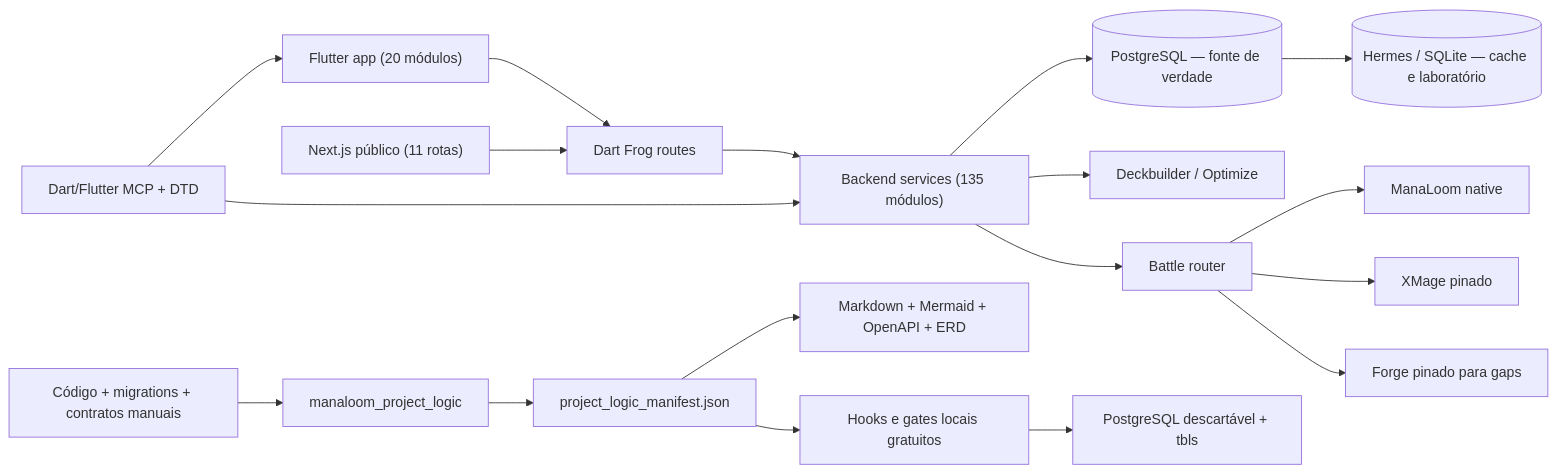
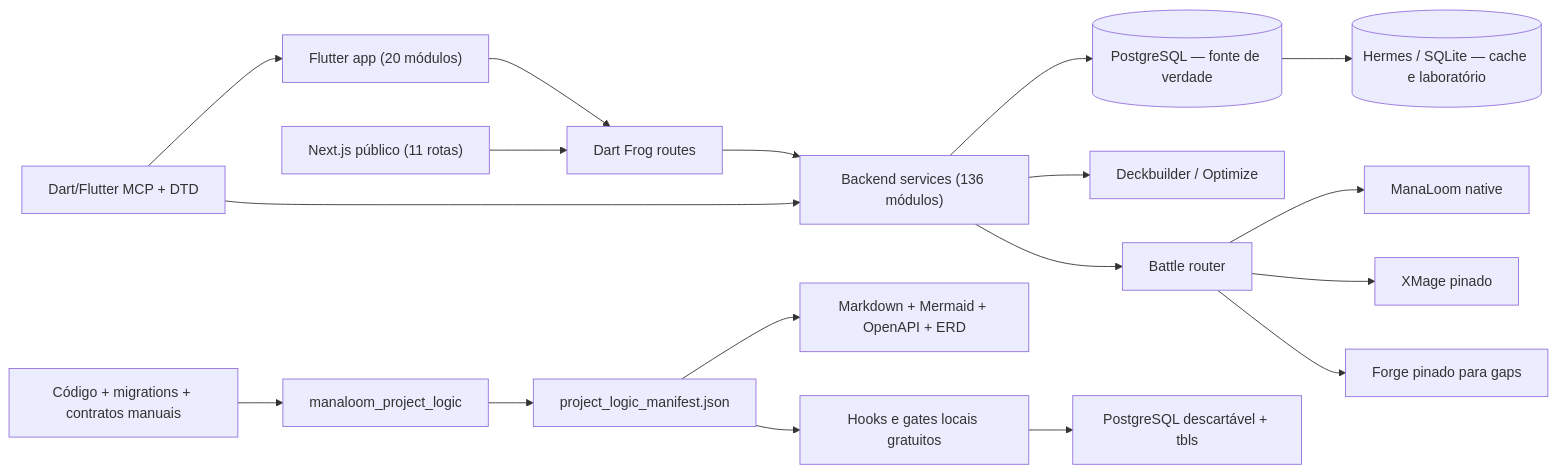
One commit to softwarePredador/mtgia changed the diagram in docs/generated/ARCHITECTURE.md. Above: the diagram before and after it, drawn with Mermaid. The commit also changed 13 other files, not shown here.

````diff
--- a/docs/generated/ARCHITECTURE.md
+++ b/docs/generated/ARCHITECTURE.md
@@ -5,20 +5,20 @@
 ```mermaid
 flowchart LR
     UI["Flutter app (20 módulos)"] --> API["Dart Frog routes"]
     WEB["Next.js público (11 rotas)"] --> API
-    API --> DOMAIN["Backend services (135 módulos)"]
+    API --> DOMAIN["Backend services (136 módulos)"]
     DOMAIN --> PG[("PostgreSQL — fonte de verdade")]
     DOMAIN --> AI["Deckbuilder / Optimize"]
     DOMAIN --> BATTLE["Battle router"]
     BATTLE --> NATIVE["ManaLoom native"]
     BATTLE --> XMAGE["XMage pinado"]
     BATTLE --> FORGE["Forge pinado para gaps"]
     PG --> HERMES[("Hermes / SQLite — cache e laboratório")]
     SRC["Código + migrations + contratos manuais"] --> GEN["manaloom_project_logic"]
     GEN --> MANIFEST["project_logic_manifest.json"]
     MANIFEST --> DOCS["Markdown + Mermaid + OpenAPI + ERD"]
     MANIFEST --> LOCAL["Hooks e gates locais gratuitos"]
     LOCAL --> TBLS["PostgreSQL descartável + tbls"]
     MCP["Dart/Flutter MCP + DTD"] --> UI
     MCP --> DOMAIN
 ```
````
